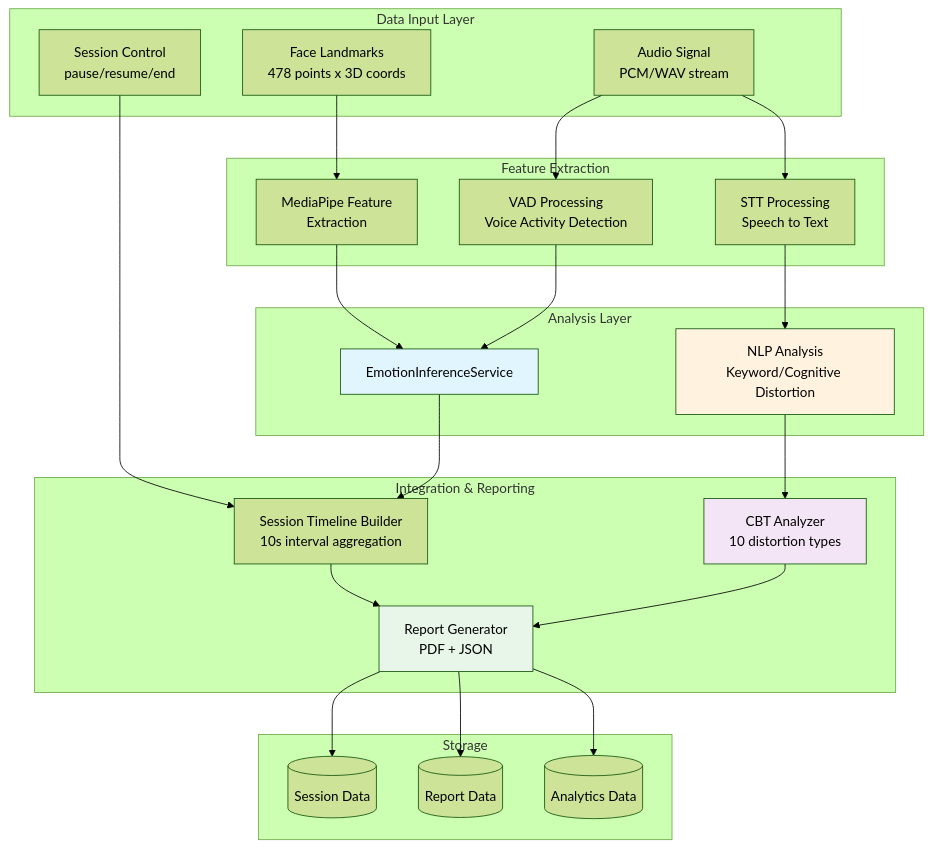
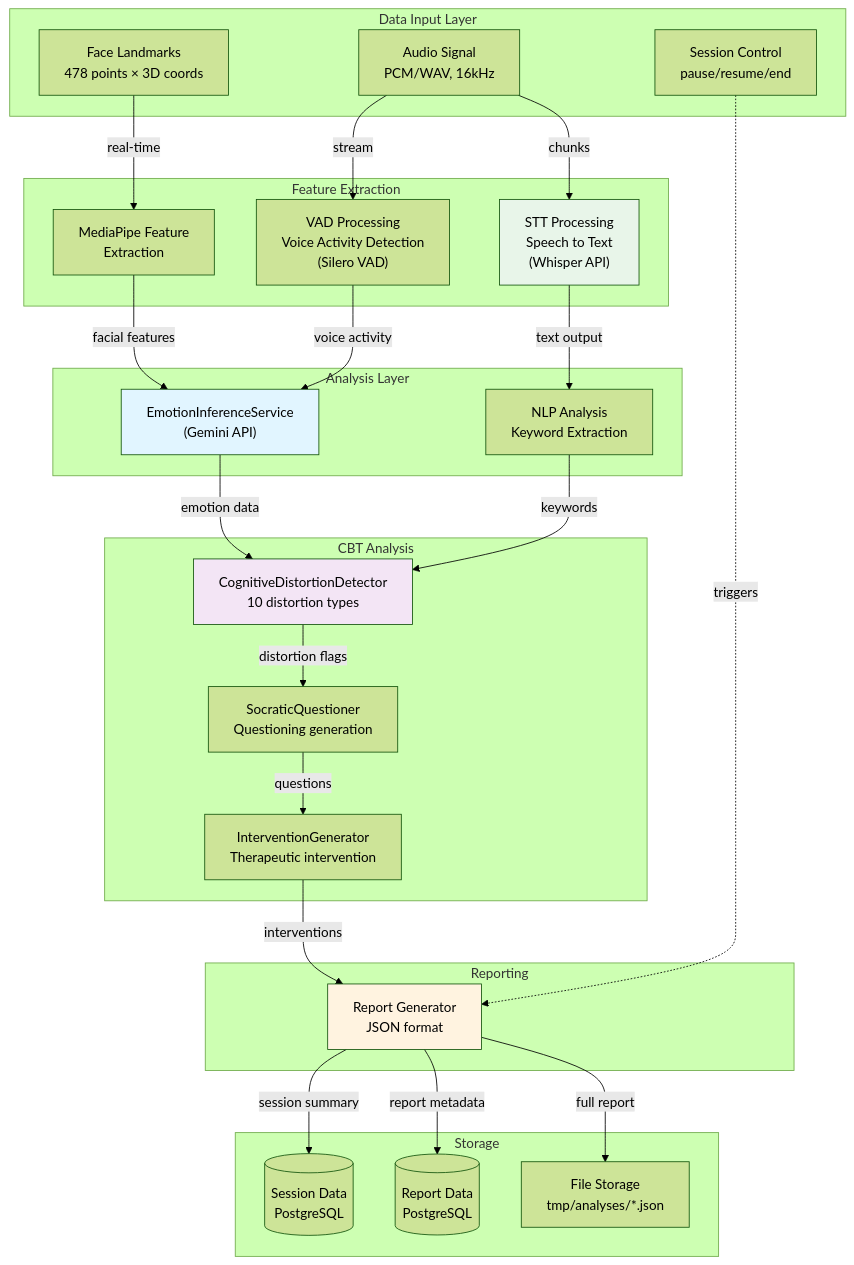
One commit to KUS-CapstoneDesign-II/BeMoreBackend changed the second of 4 diagrams in README.md. Above: the diagram before and after it, drawn with Mermaid (forest theme). The commit also changed other lines of this file, not shown here.

First line of the commit message:
docs(readme): enhance processing pipeline with CBT flow and data formats

````diff
--- a/README.md
+++ b/README.md
@@ -131,55 +143,61 @@
 ```mermaid
 flowchart TD
     subgraph "Data Input Layer"
-        A[Face Landmarks<br/>478 points x 3D coords]
-        B[Audio Signal<br/>PCM/WAV stream]
-        C[Session Control<br/>pause/resume/end]
+        A["Face Landmarks<br/>478 points × 3D coords"]
+        B["Audio Signal<br/>PCM/WAV, 16kHz"]
+        C["Session Control<br/>pause/resume/end"]
     end
 
     subgraph "Feature Extraction"
-        A1[MediaPipe Feature<br/>Extraction]
-        B1[VAD Processing<br/>Voice Activity Detection]
-        B2[STT Processing<br/>Speech to Text]
+        A1["MediaPipe Feature<br/>Extraction"]
+        B1["VAD Processing<br/>Voice Activity Detection<br/>(Silero VAD)"]
+        B2["STT Processing<br/>Speech to Text<br/>(Whisper API)"]
     end
 
     subgraph "Analysis Layer"
-        D[EmotionInferenceService]
-        E[NLP Analysis<br/>Keyword/Cognitive Distortion]
+        D["EmotionInferenceService<br/>(Gemini API)"]
+        E["NLP Analysis<br/>Keyword Extraction"]
     end
 
-    subgraph "Integration & Reporting"
-        F[Session Timeline Builder<br/>10s interval aggregation]
-        G[CBT Analyzer<br/>10 distortion types]
-        H[Report Generator<br/>PDF + JSON]
+    subgraph "CBT Analysis"
+        G1["CognitiveDistortionDetector<br/>10 distortion types"]
+        G2["SocraticQuestioner<br/>Questioning generation"]
+        G3["InterventionGenerator<br/>Therapeutic intervention"]
+    end
+
+    subgraph "Reporting"
+        H["Report Generator<br/>JSON format"]
     end
 
     subgraph "Storage"
-        I[(Session Data)]
-        J[(Report Data)]
-        K[(Analytics Data)]
+        I[(Session Data<br/>PostgreSQL)]
+        J[(Report Data<br/>PostgreSQL)]
+        K["File Storage<br/>tmp/analyses/*.json"]
     end
 
-    A --> A1
-    B --> B1
-    B --> B2
+    A -->|real-time| A1
+    B -->|stream| B1
+    B -->|chunks| B2
 
-    A1 --> D
-    B1 --> D
-    B2 --> E
-    C --> F
+    A1 -->|facial features| D
+    B1 -->|voice activity| D
+    B2 -->|text output| E
 
-    D --> F
-    E --> G
+    D -->|emotion data| G1
+    E -->|keywords| G1
 
-    F --> H
-    G --> H
+    G1 -->|distortion flags| G2
+    G2 -->|questions| G3
+    G3 -->|interventions| H
 
-    H --> I
-    H --> J
-    H --> K
+    H -->|session summary| I
+    H -->|report metadata| J
+    H -->|full report| K
+
+    C -.->|triggers| H
 
     style D fill:#e1f5ff
-    style E fill:#fff3e0
-    style G fill:#f3e5f5
-    style H fill:#e8f5e9
+    style B2 fill:#e8f5e9
+    style G1 fill:#f3e5f5
+    style H fill:#fff3e0
 ```
````
